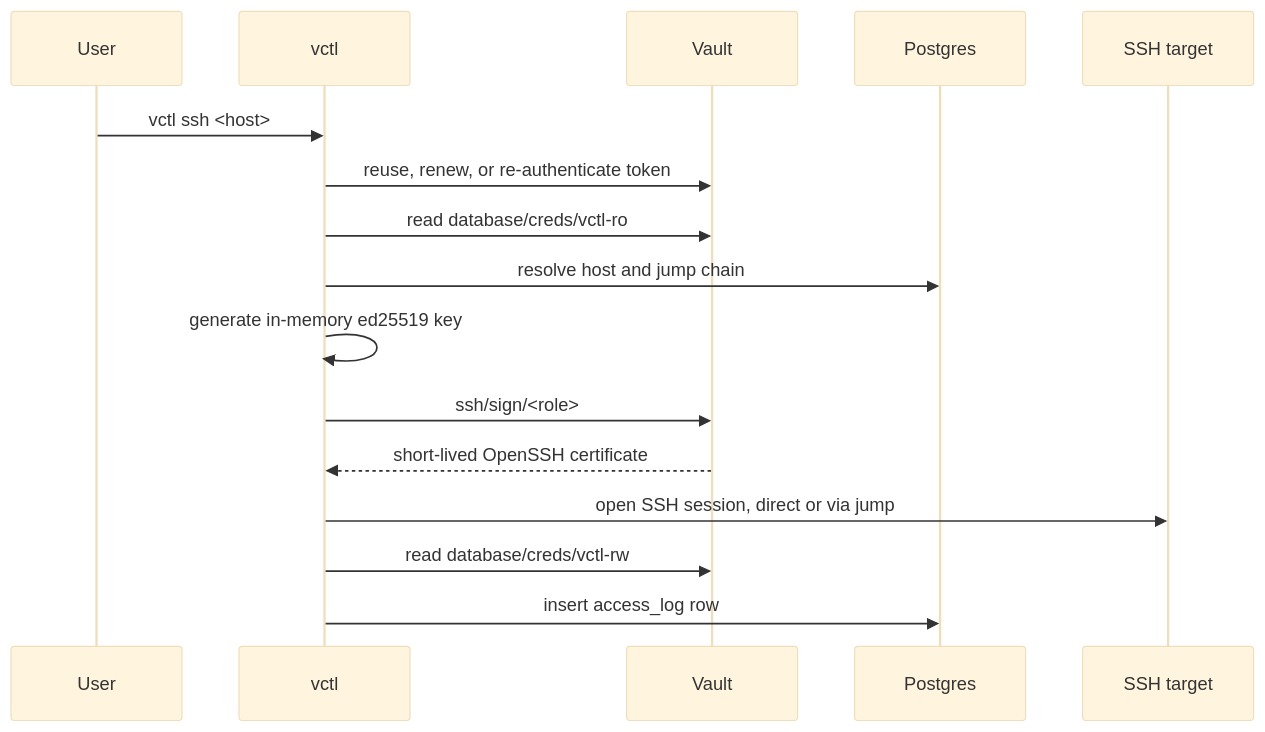
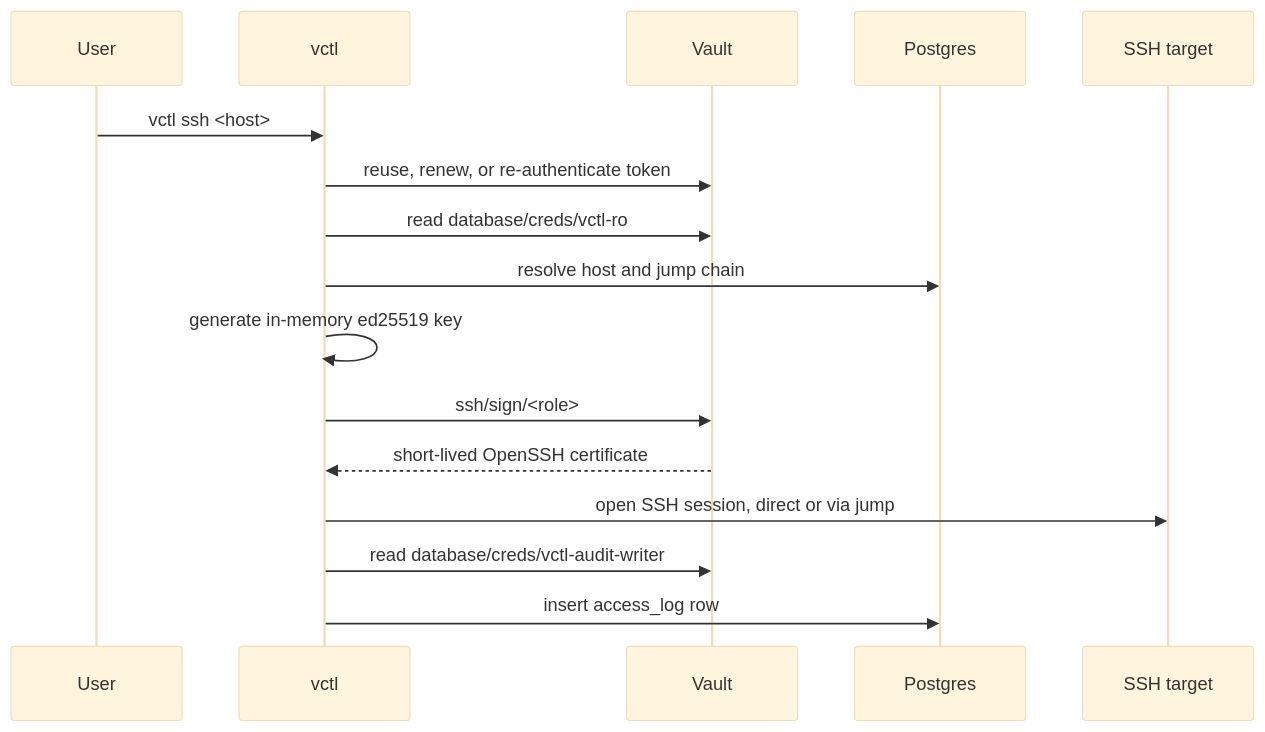
One commit to ghdwlsgur/vctl changed the second of 2 diagrams in README.ko.md. Above: the diagram before and after it, drawn with Mermaid (base theme). The commit also changed other lines of this file and 65 other files, not shown here.

````diff
--- a/README.ko.md
+++ b/README.ko.md
@@ -49,19 +49,19 @@
 ```mermaid
 sequenceDiagram
   participant User
   participant VCTL as vctl
   participant Vault
   participant PG as Postgres
   participant SSH as SSH target
 
   User->>VCTL: vctl ssh <host>
   VCTL->>Vault: reuse, renew, or re-authenticate token
   VCTL->>Vault: read database/creds/vctl-ro
   VCTL->>PG: resolve host and jump chain
   VCTL->>VCTL: generate in-memory ed25519 key
   VCTL->>Vault: ssh/sign/<role>
   Vault-->>VCTL: short-lived OpenSSH certificate
   VCTL->>SSH: open SSH session, direct or via jump
-  VCTL->>Vault: read database/creds/vctl-rw
+  VCTL->>Vault: read database/creds/vctl-audit-writer
   VCTL->>PG: insert access_log row
 ```
````
